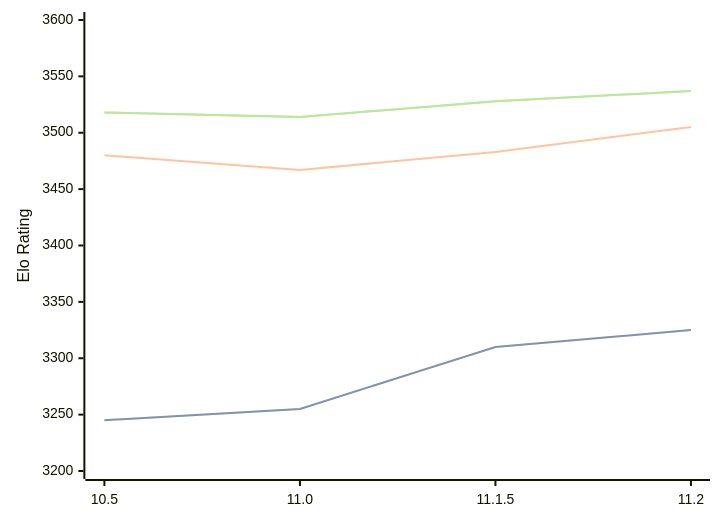
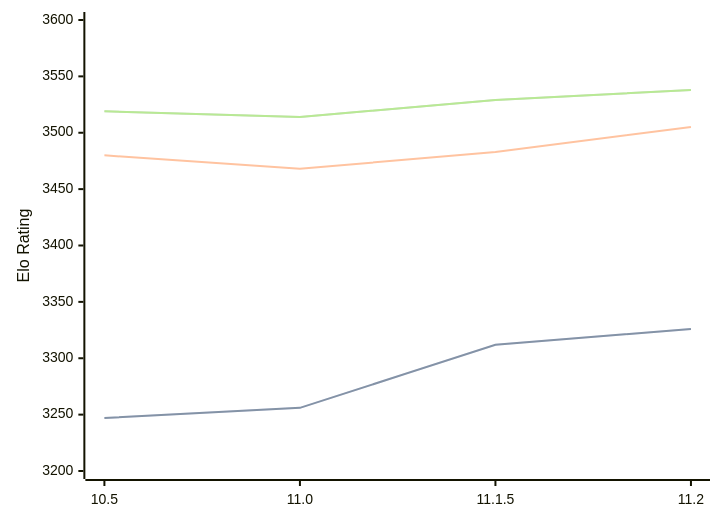
One commit to computer-chess-index/cci changed the diagram in engines/Lizard.md. Above: the diagram before and after it, drawn with Mermaid. The commit also changed other lines of this file, not shown here.

Commit message:
Update CCI Ratings (ELO VLTC) - 2026-04-01

````diff
--- a/engines/Lizard.md
+++ b/engines/Lizard.md
@@ -46,11 +46,11 @@
 ```mermaid
 %%{init: {"theme":"base","themeVariables":{"seriesColors:['#a3a3a3','#222221','#faa371']}}}%%
 xychart-beta
   x-axis ["10.5", "11.0", "11.1.5", "11.2"]
   y-axis "Elo Rating" 3200 --> 3600
-  line "STC (8.0+0.08s)" [3245, 3255, 3310, 3325]
-  line "STC (8.0+0.08s)" [3245, 3255, 3310, 3325]
-  line "LTC (60.0+0.60s)" [3480, 3467, 3483, 3505]
-  line "VLTC (2m24s+1.12s)" [3518, 3514, 3528, 3537]
-  line "VLTC (2m24s+1.12s)" [3518, 3514, 3528, 3537]
+  line "STC (8.0+0.08s)" [3247, 3256, 3312, 3326]
+  line "STC (8.0+0.08s)" [3247, 3256, 3312, 3326]
+  line "LTC (60.0+0.60s)" [3480, 3468, 3483, 3505]
+  line "VLTC (2m24s+1.12s)" [3519, 3514, 3529, 3538]
+  line "VLTC (2m24s+1.12s)" [3519, 3514, 3529, 3538]
 ```
````
